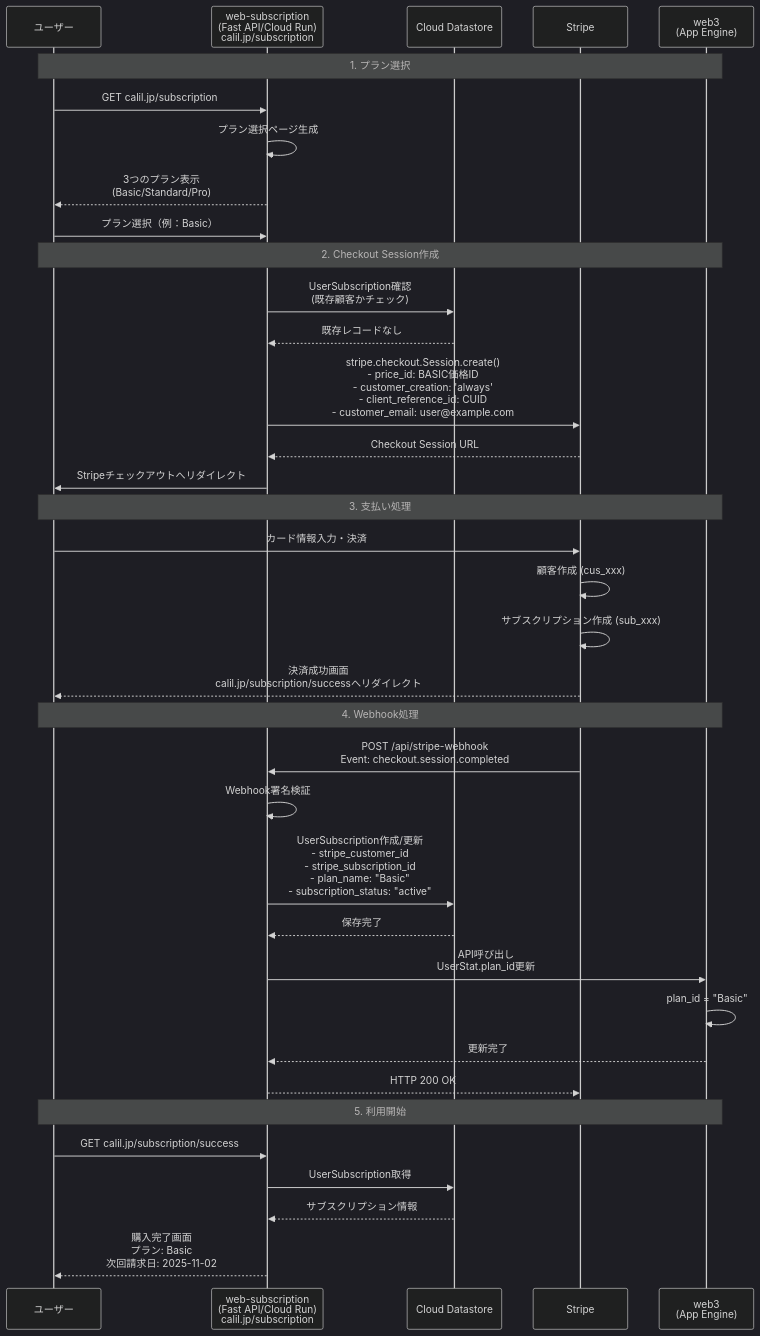
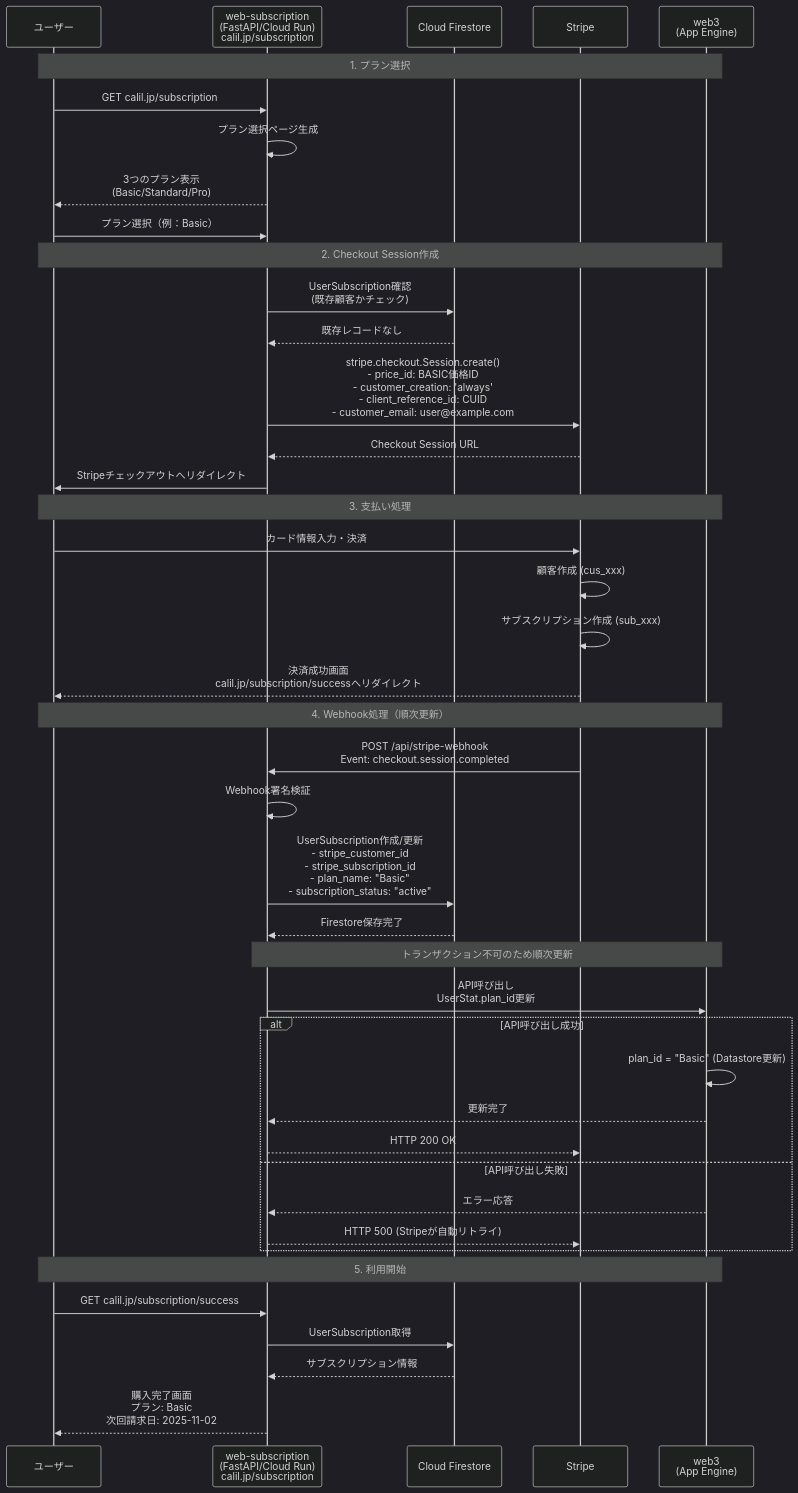
Before and after one commit to CALIL/web-subscription: the diagram in Claude.md, drawn with Mermaid (dark theme). The commit also changed other lines of this file, not shown here.

````diff
--- a/Claude.md
+++ b/Claude.md
@@ -191,45 +201,51 @@
 ```mermaid
 sequenceDiagram
     participant U as ユーザー
-    participant S as web-subscription<br/>(Fast API/Cloud Run)<br/>calil.jp/subscription
-    participant DS as Cloud Datastore
+    participant S as web-subscription<br/>(FastAPI/Cloud Run)<br/>calil.jp/subscription
+    participant DS as Cloud Firestore
     participant ST as Stripe
     participant W3 as web3<br/>(App Engine)
 
     Note over U,W3: 1. プラン選択
     U->>S: GET calil.jp/subscription
     S->>S: プラン選択ページ生成
     S-->>U: 3つのプラン表示<br/>(Basic/Standard/Pro)
     U->>S: プラン選択（例：Basic）
 
     Note over U,W3: 2. Checkout Session作成
     S->>DS: UserSubscription確認<br/>(既存顧客かチェック)
     DS-->>S: 既存レコードなし
 
     S->>ST: stripe.checkout.Session.create()<br/>- price_id: BASIC価格ID<br/>- customer_creation: 'always'<br/>- client_reference_id: CUID<br/>- customer_email: user@example.com
     ST-->>S: Checkout Session URL
     S->>U: Stripeチェックアウトへリダイレクト
 
     Note over U,W3: 3. 支払い処理
     U->>ST: カード情報入力・決済
     ST->>ST: 顧客作成 (cus_xxx)
     ST->>ST: サブスクリプション作成 (sub_xxx)
     ST-->>U: 決済成功画面<br/>calil.jp/subscription/successへリダイレクト
 
-    Note over U,W3: 4. Webhook処理
+    Note over U,W3: 4. Webhook処理（順次更新）
     ST->>S: POST /api/stripe-webhook<br/>Event: checkout.session.completed
     S->>S: Webhook署名検証
     S->>DS: UserSubscription作成/更新<br/>- stripe_customer_id<br/>- stripe_subscription_id<br/>- plan_name: "Basic"<br/>- subscription_status: "active"
-    DS-->>S: 保存完了
+    DS-->>S: Firestore保存完了
 
+    Note over S,W3: トランザクション不可のため順次更新
     S->>W3: API呼び出し<br/>UserStat.plan_id更新
-    W3->>W3: plan_id = "Basic"
-    W3-->>S: 更新完了
-    S-->>ST: HTTP 200 OK
+    alt API呼び出し成功
+        W3->>W3: plan_id = "Basic" (Datastore更新)
+        W3-->>S: 更新完了
+        S-->>ST: HTTP 200 OK
+    else API呼び出し失敗
+        W3-->>S: エラー応答
+        S-->>ST: HTTP 500 (Stripeが自動リトライ)
+    end
 
     Note over U,W3: 5. 利用開始
     U->>S: GET calil.jp/subscription/success
     S->>DS: UserSubscription取得
     DS-->>S: サブスクリプション情報
     S-->>U: 購入完了画面<br/>プラン: Basic<br/>次回請求日: 2025-11-02
 ```
````
